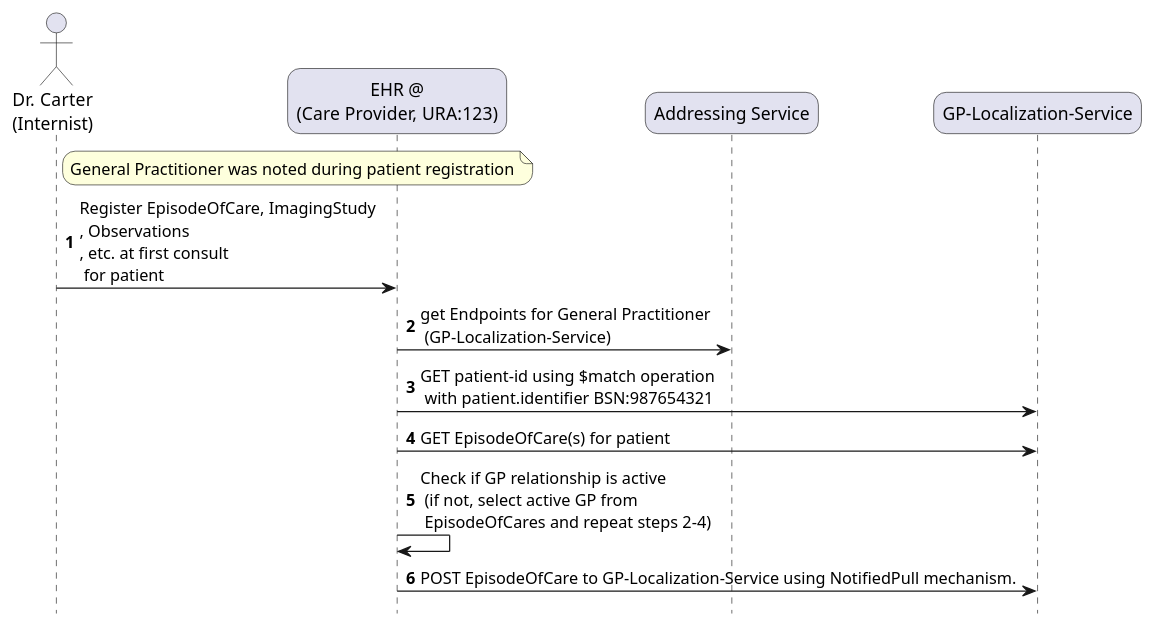
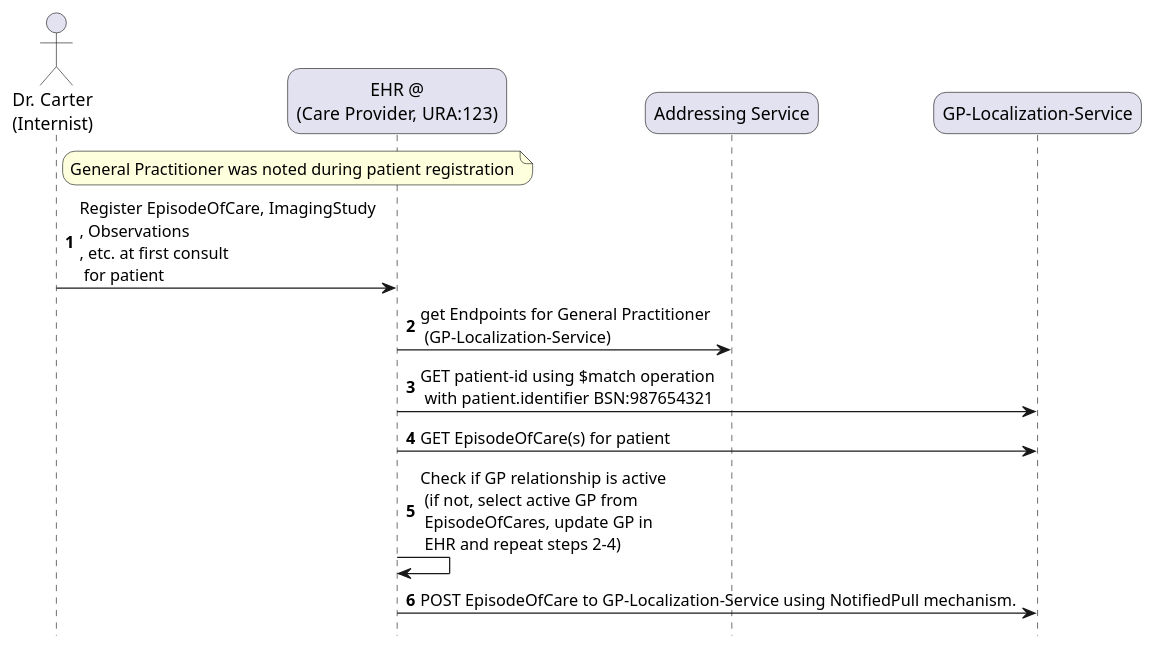
The diagram in input/images-source/localization-gp-internist-registration.plantuml (nuts-foundation/nl-generic-functions-ig), drawn with PlantUML before and after one commit. The commit also changed 2 other files, not shown here.

```diff
--- a/input/images-source/localization-gp-internist-registration.plantuml
+++ b/input/images-source/localization-gp-internist-registration.plantuml
@@ -1,30 +1,30 @@
 @startuml localization-gp-internist-registration
 
 skinparam roundcorner 20
 skinparam defaultFontName Arial 
 hide footbox
 
 !pragma teoz true
 
 actor "Dr. Carter\n(Internist)" as doctor
 participant "EHR @\n(Care Provider, URA:123)" as ehr
 participant "Addressing Service" as addressing
 participant "GP-Localization-Service" as nvi
 
 autonumber
 note right of doctor
   General Practitioner was noted during patient registration
 end note
 
 doctor -> ehr: Register EpisodeOfCare, ImagingStudy\n, Observations\n, etc. at first consult\n for patient
 
 ehr -> addressing: get Endpoints for General Practitioner\n (GP-Localization-Service)
 
 ehr -> nvi: GET patient-id using $match operation\n with patient.identifier BSN:987654321
 
 ehr -> nvi: GET EpisodeOfCare(s) for patient
 
-ehr -> ehr: Check if GP relationship is active\n (if not, select active GP from\n EpisodeOfCares and repeat steps 2-4)
+ehr -> ehr: Check if GP relationship is active\n (if not, select active GP from\n EpisodeOfCares, update GP in\n EHR and repeat steps 2-4)
 ehr -> nvi: POST EpisodeOfCare to GP-Localization-Service using NotifiedPull mechanism.
 
 @enduml
```
